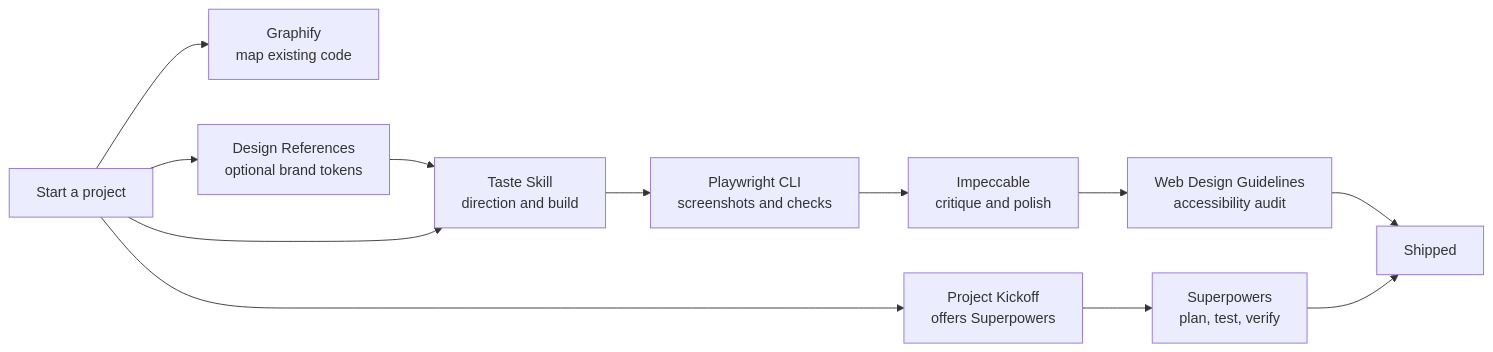
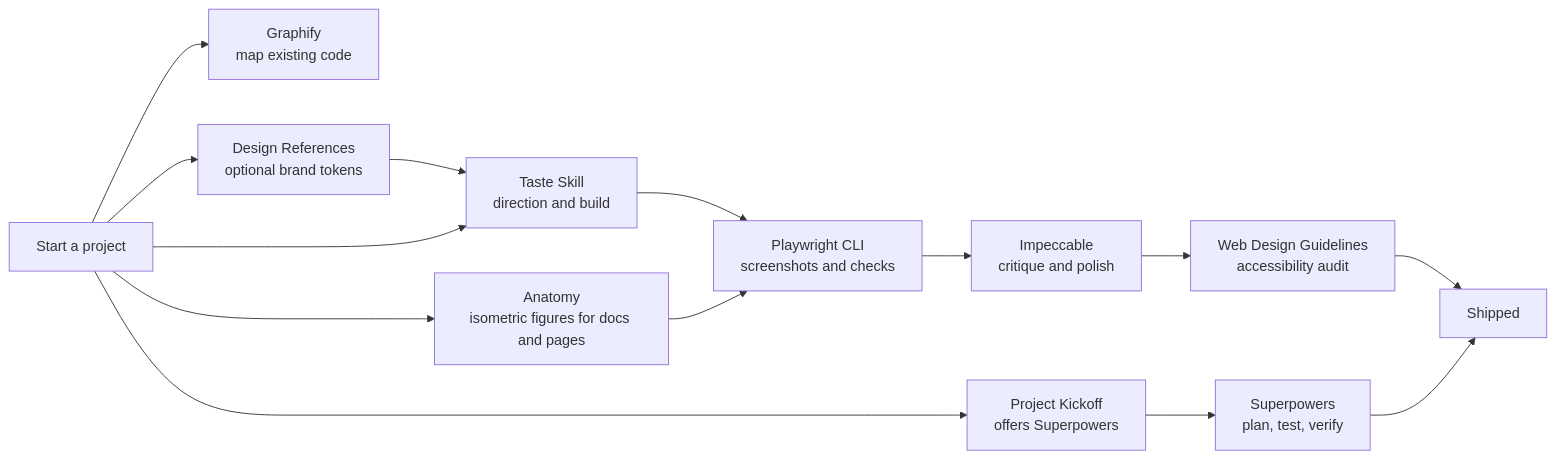
The diagram in README.md (SpicyFalcon619/claude-skills-setup), drawn with Mermaid before and after one commit. The commit also changed other lines of this file and 2 other files, not shown here.

Commit message:
Add Anatomy: isometric illustration skill (installers, README, security notes)

````diff
--- a/README.md
+++ b/README.md
@@ -81,14 +82,16 @@
 ```mermaid
 flowchart LR
     A[Start a project] --> K[Project Kickoff<br/>offers Superpowers]
     K --> S[Superpowers<br/>plan, test, verify]
     A --> G[Graphify<br/>map existing code]
     A --> B[Design References<br/>optional brand tokens]
     B --> C[Taste Skill<br/>direction and build]
     A --> C
     C --> D[Playwright CLI<br/>screenshots and checks]
+    A --> N[Anatomy<br/>isometric figures for docs and pages]
+    N --> D
     D --> E[Impeccable<br/>critique and polish]
     E --> F[Web Design Guidelines<br/>accessibility audit]
     F --> H[Shipped]
     S --> H
 ```
````
